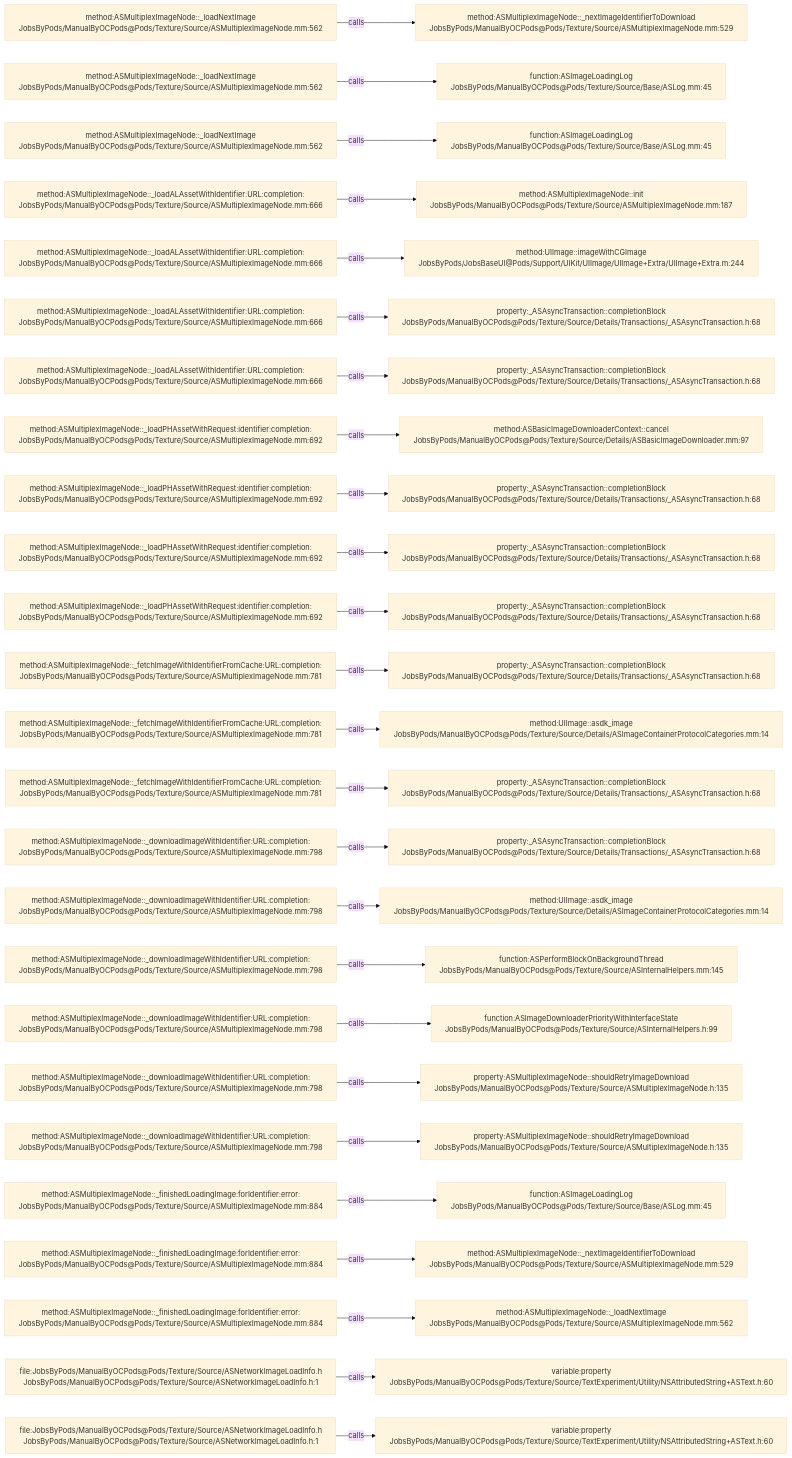
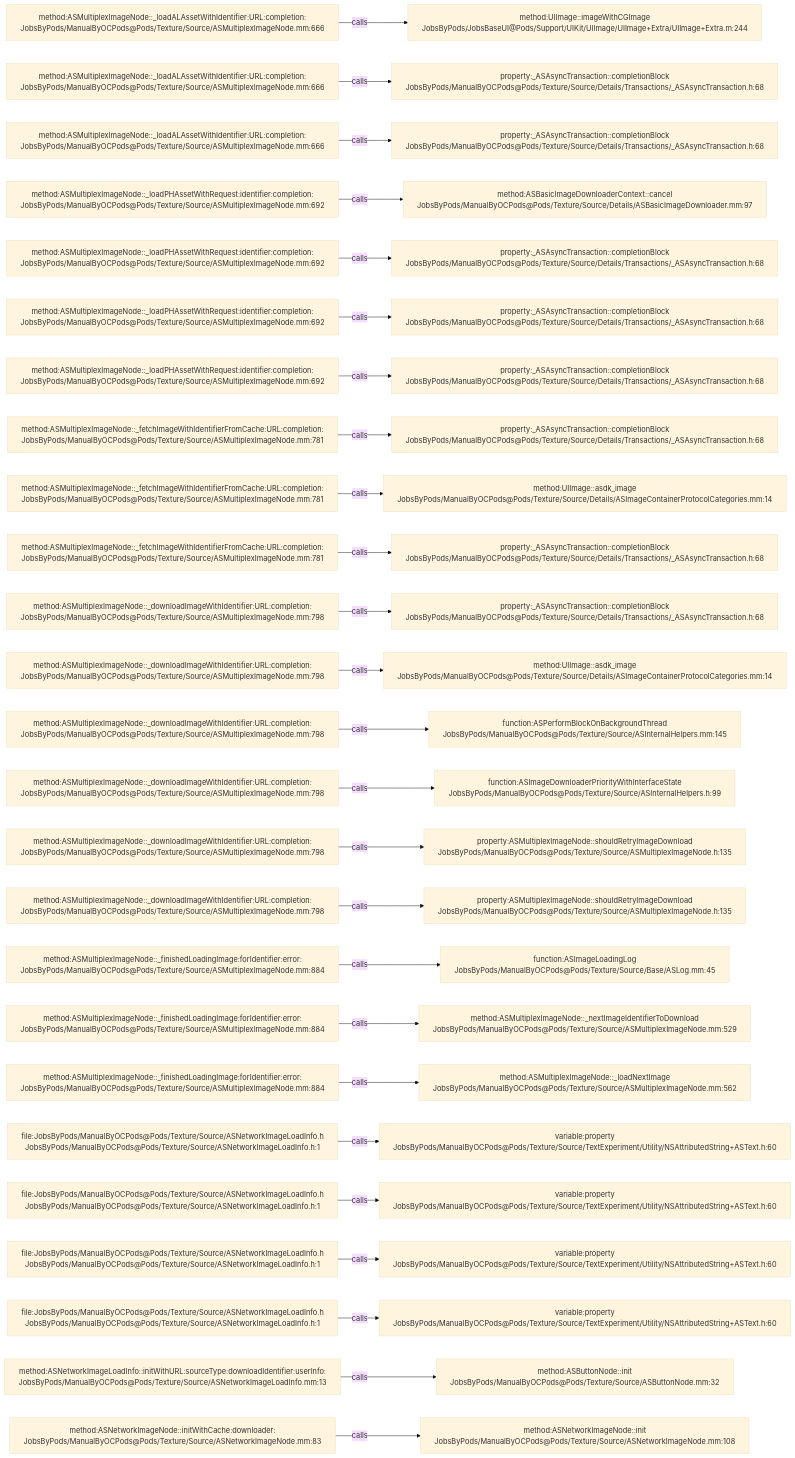
One commit to JobsKits/JobsOCBaseConfigDemo changed the diagram in .codegraph/codegraph.md/graphs/calls-114.md. Above: the diagram before and after it, drawn with Mermaid (base theme). The commit also changed 727 other files, not shown here.

````diff
--- a/.codegraph/codegraph.md/graphs/calls-114.md
+++ b/.codegraph/codegraph.md/graphs/calls-114.md
@@ -13,78 +13,78 @@
 ```mermaid
 flowchart LR
-  S1["method:ASMultiplexImageNode::_loadNextImage<br/>JobsByPods/ManualByOCPods@Pods/Texture/Source/ASMultiplexImageNode.mm:562"]
-  T1["method:ASMultiplexImageNode::_nextImageIdentifierToDownload<br/>JobsByPods/ManualByOCPods@Pods/Texture/Source/ASMultiplexImageNode.mm:529"]
+  S1["method:ASMultiplexImageNode::_loadALAssetWithIdentifier:URL:completion:<br/>JobsByPods/ManualByOCPods@Pods/Texture/Source/ASMultiplexImageNode.mm:666"]
+  T1["method:UIImage::imageWithCGImage<br/>JobsByPods/JobsBaseUI@Pods/Support/UIKit/UIImage/UIImage+Extra/UIImage+Extra.m:244"]
   S1 -->|calls| T1
-  S2["method:ASMultiplexImageNode::_loadNextImage<br/>JobsByPods/ManualByOCPods@Pods/Texture/Source/ASMultiplexImageNode.mm:562"]
-  T2["function:ASImageLoadingLog<br/>JobsByPods/ManualByOCPods@Pods/Texture/Source/Base/ASLog.mm:45"]
+  S2["method:ASMultiplexImageNode::_loadALAssetWithIdentifier:URL:completion:<br/>JobsByPods/ManualByOCPods@Pods/Texture/Source/ASMultiplexImageNode.mm:666"]
+  T2["property:_ASAsyncTransaction::completionBlock<br/>JobsByPods/ManualByOCPods@Pods/Texture/Source/Details/Transactions/_ASAsyncTransaction.h:68"]
   S2 -->|calls| T2
-  S3["method:ASMultiplexImageNode::_loadNextImage<br/>JobsByPods/ManualByOCPods@Pods/Texture/Source/ASMultiplexImageNode.mm:562"]
-  T3["function:ASImageLoadingLog<br/>JobsByPods/ManualByOCPods@Pods/Texture/Source/Base/ASLog.mm:45"]
+  S3["method:ASMultiplexImageNode::_loadALAssetWithIdentifier:URL:completion:<br/>JobsByPods/ManualByOCPods@Pods/Texture/Source/ASMultiplexImageNode.mm:666"]
+  T3["property:_ASAsyncTransaction::completionBlock<br/>JobsByPods/ManualByOCPods@Pods/Texture/Source/Details/Transactions/_ASAsyncTransaction.h:68"]
   S3 -->|calls| T3
-  S4["method:ASMultiplexImageNode::_loadALAssetWithIdentifier:URL:completion:<br/>JobsByPods/ManualByOCPods@Pods/Texture/Source/ASMultiplexImageNode.mm:666"]
-  T4["method:ASMultiplexImageNode::init<br/>JobsByPods/ManualByOCPods@Pods/Texture/Source/ASMultiplexImageNode.mm:187"]
+  S4["method:ASMultiplexImageNode::_loadPHAssetWithRequest:identifier:completion:<br/>JobsByPods/ManualByOCPods@Pods/Texture/Source/ASMultiplexImageNode.mm:692"]
+  T4["method:ASBasicImageDownloaderContext::cancel<br/>JobsByPods/ManualByOCPods@Pods/Texture/Source/Details/ASBasicImageDownloader.mm:97"]
   S4 -->|calls| T4
-  S5["method:ASMultiplexImageNode::_loadALAssetWithIdentifier:URL:completion:<br/>JobsByPods/ManualByOCPods@Pods/Texture/Source/ASMultiplexImageNode.mm:666"]
-  T5["method:UIImage::imageWithCGImage<br/>JobsByPods/JobsBaseUI@Pods/Support/UIKit/UIImage/UIImage+Extra/UIImage+Extra.m:244"]
+  S5["method:ASMultiplexImageNode::_loadPHAssetWithRequest:identifier:completion:<br/>JobsByPods/ManualByOCPods@Pods/Texture/Source/ASMultiplexImageNode.mm:692"]
+  T5["property:_ASAsyncTransaction::completionBlock<br/>JobsByPods/ManualByOCPods@Pods/Texture/Source/Details/Transactions/_ASAsyncTransaction.h:68"]
   S5 -->|calls| T5
-  S6["method:ASMultiplexImageNode::_loadALAssetWithIdentifier:URL:completion:<br/>JobsByPods/ManualByOCPods@Pods/Texture/Source/ASMultiplexImageNode.mm:666"]
+  S6["method:ASMultiplexImageNode::_loadPHAssetWithRequest:identifier:completion:<br/>JobsByPods/ManualByOCPods@Pods/Texture/Source/ASMultiplexImageNode.mm:692"]
   T6["property:_ASAsyncTransaction::completionBlock<br/>JobsByPods/ManualByOCPods@Pods/Texture/Source/Details/Transactions/_ASAsyncTransaction.h:68"]
   S6 -->|calls| T6
-  S7["method:ASMultiplexImageNode::_loadALAssetWithIdentifier:URL:completion:<br/>JobsByPods/ManualByOCPods@Pods/Texture/Source/ASMultiplexImageNode.mm:666"]
+  S7["method:ASMultiplexImageNode::_loadPHAssetWithRequest:identifier:completion:<br/>JobsByPods/ManualByOCPods@Pods/Texture/Source/ASMultiplexImageNode.mm:692"]
   T7["property:_ASAsyncTransaction::completionBlock<br/>JobsByPods/ManualByOCPods@Pods/Texture/Source/Details/Transactions/_ASAsyncTransaction.h:68"]
   S7 -->|calls| T7
-  S8["method:ASMultiplexImageNode::_loadPHAssetWithRequest:identifier:completion:<br/>JobsByPods/ManualByOCPods@Pods/Texture/Source/ASMultiplexImageNode.mm:692"]
-  T8["method:ASBasicImageDownloaderContext::cancel<br/>JobsByPods/ManualByOCPods@Pods/Texture/Source/Details/ASBasicImageDownloader.mm:97"]
+  S8["method:ASMultiplexImageNode::_fetchImageWithIdentifierFromCache:URL:completion:<br/>JobsByPods/ManualByOCPods@Pods/Texture/Source/ASMultiplexImageNode.mm:781"]
+  T8["property:_ASAsyncTransaction::completionBlock<br/>JobsByPods/ManualByOCPods@Pods/Texture/Source/Details/Transactions/_ASAsyncTransaction.h:68"]
   S8 -->|calls| T8
-  S9["method:ASMultiplexImageNode::_loadPHAssetWithRequest:identifier:completion:<br/>JobsByPods/ManualByOCPods@Pods/Texture/Source/ASMultiplexImageNode.mm:692"]
-  T9["property:_ASAsyncTransaction::completionBlock<br/>JobsByPods/ManualByOCPods@Pods/Texture/Source/Details/Transactions/_ASAsyncTransaction.h:68"]
+  S9["method:ASMultiplexImageNode::_fetchImageWithIdentifierFromCache:URL:completion:<br/>JobsByPods/ManualByOCPods@Pods/Texture/Source/ASMultiplexImageNode.mm:781"]
+  T9["method:UIImage::asdk_image<br/>JobsByPods/ManualByOCPods@Pods/Texture/Source/Details/ASImageContainerProtocolCategories.mm:14"]
   S9 -->|calls| T9
-  S10["method:ASMultiplexImageNode::_loadPHAssetWithRequest:identifier:completion:<br/>JobsByPods/ManualByOCPods@Pods/Texture/Source/ASMultiplexImageNode.mm:692"]
+  S10["method:ASMultiplexImageNode::_fetchImageWithIdentifierFromCache:URL:completion:<br/>JobsByPods/ManualByOCPods@Pods/Texture/Source/ASMultiplexImageNode.mm:781"]
   T10["property:_ASAsyncTransaction::completionBlock<br/>JobsByPods/ManualByOCPods@Pods/Texture/Source/Details/Transactions/_ASAsyncTransaction.h:68"]
   S10 -->|calls| T10
-  S11["method:ASMultiplexImageNode::_loadPHAssetWithRequest:identifier:completion:<br/>JobsByPods/ManualByOCPods@Pods/Texture/Source/ASMultiplexImageNode.mm:692"]
+  S11["method:ASMultiplexImageNode::_downloadImageWithIdentifier:URL:completion:<br/>JobsByPods/ManualByOCPods@Pods/Texture/Source/ASMultiplexImageNode.mm:798"]
   T11["property:_ASAsyncTransaction::completionBlock<br/>JobsByPods/ManualByOCPods@Pods/Texture/Source/Details/Transactions/_ASAsyncTransaction.h:68"]
   S11 -->|calls| T11
-  S12["method:ASMultiplexImageNode::_fetchImageWithIdentifierFromCache:URL:completion:<br/>JobsByPods/ManualByOCPods@Pods/Texture/Source/ASMultiplexImageNode.mm:781"]
-  T12["property:_ASAsyncTransaction::completionBlock<br/>JobsByPods/ManualByOCPods@Pods/Texture/Source/Details/Transactions/_ASAsyncTransaction.h:68"]
+  S12["method:ASMultiplexImageNode::_downloadImageWithIdentifier:URL:completion:<br/>JobsByPods/ManualByOCPods@Pods/Texture/Source/ASMultiplexImageNode.mm:798"]
+  T12["method:UIImage::asdk_image<br/>JobsByPods/ManualByOCPods@Pods/Texture/Source/Details/ASImageContainerProtocolCategories.mm:14"]
   S12 -->|calls| T12
-  S13["method:ASMultiplexImageNode::_fetchImageWithIdentifierFromCache:URL:completion:<br/>JobsByPods/ManualByOCPods@Pods/Texture/Source/ASMultiplexImageNode.mm:781"]
-  T13["method:UIImage::asdk_image<br/>JobsByPods/ManualByOCPods@Pods/Texture/Source/Details/ASImageContainerProtocolCategories.mm:14"]
+  S13["method:ASMultiplexImageNode::_downloadImageWithIdentifier:URL:completion:<br/>JobsByPods/ManualByOCPods@Pods/Texture/Source/ASMultiplexImageNode.mm:798"]
+  T13["function:ASPerformBlockOnBackgroundThread<br/>JobsByPods/ManualByOCPods@Pods/Texture/Source/ASInternalHelpers.mm:145"]
   S13 -->|calls| T13
-  S14["method:ASMultiplexImageNode::_fetchImageWithIdentifierFromCache:URL:completion:<br/>JobsByPods/ManualByOCPods@Pods/Texture/Source/ASMultiplexImageNode.mm:781"]
-  T14["property:_ASAsyncTransaction::completionBlock<br/>JobsByPods/ManualByOCPods@Pods/Texture/Source/Details/Transactions/_ASAsyncTransaction.h:68"]
+  S14["method:ASMultiplexImageNode::_downloadImageWithIdentifier:URL:completion:<br/>JobsByPods/ManualByOCPods@Pods/Texture/Source/ASMultiplexImageNode.mm:798"]
+  T14["function:ASImageDownloaderPriorityWithInterfaceState<br/>JobsByPods/ManualByOCPods@Pods/Texture/Source/ASInternalHelpers.h:99"]
   S14 -->|calls| T14
   S15["method:ASMultiplexImageNode::_downloadImageWithIdentifier:URL:completion:<br/>JobsByPods/ManualByOCPods@Pods/Texture/Source/ASMultiplexImageNode.mm:798"]
-  T15["property:_ASAsyncTransaction::completionBlock<br/>JobsByPods/ManualByOCPods@Pods/Texture/Source/Details/Transactions/_ASAsyncTransaction.h:68"]
+  T15["property:ASMultiplexImageNode::shouldRetryImageDownload<br/>JobsByPods/ManualByOCPods@Pods/Texture/Source/ASMultiplexImageNode.h:135"]
   S15 -->|calls| T15
   S16["method:ASMultiplexImageNode::_downloadImageWithIdentifier:URL:completion:<br/>JobsByPods/ManualByOCPods@Pods/Texture/Source/ASMultiplexImageNode.mm:798"]
-  T16["method:UIImage::asdk_image<br/>JobsByPods/ManualByOCPods@Pods/Texture/Source/Details/ASImageContainerProtocolCategories.mm:14"]
+  T16["property:ASMultiplexImageNode::shouldRetryImageDownload<br/>JobsByPods/ManualByOCPods@Pods/Texture/Source/ASMultiplexImageNode.h:135"]
   S16 -->|calls| T16
-  S17["method:ASMultiplexImageNode::_downloadImageWithIdentifier:URL:completion:<br/>JobsByPods/ManualByOCPods@Pods/Texture/Source/ASMultiplexImageNode.mm:798"]
-  T17["function:ASPerformBlockOnBackgroundThread<br/>JobsByPods/ManualByOCPods@Pods/Texture/Source/ASInternalHelpers.mm:145"]
+  S17["method:ASMultiplexImageNode::_finishedLoadingImage:forIdentifier:error:<br/>JobsByPods/ManualByOCPods@Pods/Texture/Source/ASMultiplexImageNode.mm:884"]
+  T17["function:ASImageLoadingLog<br/>JobsByPods/ManualByOCPods@Pods/Texture/Source/Base/ASLog.mm:45"]
   S17 -->|calls| T17
-  S18["method:ASMultiplexImageNode::_downloadImageWithIdentifier:URL:completion:<br/>JobsByPods/ManualByOCPods@Pods/Texture/Source/ASMultiplexImageNode.mm:798"]
-  T18["function:ASImageDownloaderPriorityWithInterfaceState<br/>JobsByPods/ManualByOCPods@Pods/Texture/Source/ASInternalHelpers.h:99"]
+  S18["method:ASMultiplexImageNode::_finishedLoadingImage:forIdentifier:error:<br/>JobsByPods/ManualByOCPods@Pods/Texture/Source/ASMultiplexImageNode.mm:884"]
+  T18["method:ASMultiplexImageNode::_nextImageIdentifierToDownload<br/>JobsByPods/ManualByOCPods@Pods/Texture/Source/ASMultiplexImageNode.mm:529"]
   S18 -->|calls| T18
-  S19["method:ASMultiplexImageNode::_downloadImageWithIdentifier:URL:completion:<br/>JobsByPods/ManualByOCPods@Pods/Texture/Source/ASMultiplexImageNode.mm:798"]
-  T19["property:ASMultiplexImageNode::shouldRetryImageDownload<br/>JobsByPods/ManualByOCPods@Pods/Texture/Source/ASMultiplexImageNode.h:135"]
+  S19["method:ASMultiplexImageNode::_finishedLoadingImage:forIdentifier:error:<br/>JobsByPods/ManualByOCPods@Pods/Texture/Source/ASMultiplexImageNode.mm:884"]
+  T19["method:ASMultiplexImageNode::_loadNextImage<br/>JobsByPods/ManualByOCPods@Pods/Texture/Source/ASMultiplexImageNode.mm:562"]
   S19 -->|calls| T19
-  S20["method:ASMultiplexImageNode::_downloadImageWithIdentifier:URL:completion:<br/>JobsByPods/ManualByOCPods@Pods/Texture/Source/ASMultiplexImageNode.mm:798"]
-  T20["property:ASMultiplexImageNode::shouldRetryImageDownload<br/>JobsByPods/ManualByOCPods@Pods/Texture/Source/ASMultiplexImageNode.h:135"]
+  S20["file:JobsByPods/ManualByOCPods@Pods/Texture/Source/ASNetworkImageLoadInfo.h<br/>JobsByPods/ManualByOCPods@Pods/Texture/Source/ASNetworkImageLoadInfo.h:1"]
+  T20["variable:property<br/>JobsByPods/ManualByOCPods@Pods/Texture/Source/TextExperiment/Utility/NSAttributedString+ASText.h:60"]
   S20 -->|calls| T20
-  S21["method:ASMultiplexImageNode::_finishedLoadingImage:forIdentifier:error:<br/>JobsByPods/ManualByOCPods@Pods/Texture/Source/ASMultiplexImageNode.mm:884"]
-  T21["function:ASImageLoadingLog<br/>JobsByPods/ManualByOCPods@Pods/Texture/Source/Base/ASLog.mm:45"]
+  S21["file:JobsByPods/ManualByOCPods@Pods/Texture/Source/ASNetworkImageLoadInfo.h<br/>JobsByPods/ManualByOCPods@Pods/Texture/Source/ASNetworkImageLoadInfo.h:1"]
+  T21["variable:property<br/>JobsByPods/ManualByOCPods@Pods/Texture/Source/TextExperiment/Utility/NSAttributedString+ASText.h:60"]
   S21 -->|calls| T21
-  S22["method:ASMultiplexImageNode::_finishedLoadingImage:forIdentifier:error:<br/>JobsByPods/ManualByOCPods@Pods/Texture/Source/ASMultiplexImageNode.mm:884"]
-  T22["method:ASMultiplexImageNode::_nextImageIdentifierToDownload<br/>JobsByPods/ManualByOCPods@Pods/Texture/Source/ASMultiplexImageNode.mm:529"]
+  S22["file:JobsByPods/ManualByOCPods@Pods/Texture/Source/ASNetworkImageLoadInfo.h<br/>JobsByPods/ManualByOCPods@Pods/Texture/Source/ASNetworkImageLoadInfo.h:1"]
+  T22["variable:property<br/>JobsByPods/ManualByOCPods@Pods/Texture/Source/TextExperiment/Utility/NSAttributedString+ASText.h:60"]
   S22 -->|calls| T22
-  S23["method:ASMultiplexImageNode::_finishedLoadingImage:forIdentifier:error:<br/>JobsByPods/ManualByOCPods@Pods/Texture/Source/ASMultiplexImageNode.mm:884"]
-  T23["method:ASMultiplexImageNode::_loadNextImage<br/>JobsByPods/ManualByOCPods@Pods/Texture/Source/ASMultiplexImageNode.mm:562"]
+  S23["file:JobsByPods/ManualByOCPods@Pods/Texture/Source/ASNetworkImageLoadInfo.h<br/>JobsByPods/ManualByOCPods@Pods/Texture/Source/ASNetworkImageLoadInfo.h:1"]
+  T23["variable:property<br/>JobsByPods/ManualByOCPods@Pods/Texture/Source/TextExperiment/Utility/NSAttributedString+ASText.h:60"]
   S23 -->|calls| T23
-  S24["file:JobsByPods/ManualByOCPods@Pods/Texture/Source/ASNetworkImageLoadInfo.h<br/>JobsByPods/ManualByOCPods@Pods/Texture/Source/ASNetworkImageLoadInfo.h:1"]
-  T24["variable:property<br/>JobsByPods/ManualByOCPods@Pods/Texture/Source/TextExperiment/Utility/NSAttributedString+ASText.h:60"]
+  S24["method:ASNetworkImageLoadInfo::initWithURL:sourceType:downloadIdentifier:userInfo:<br/>JobsByPods/ManualByOCPods@Pods/Texture/Source/ASNetworkImageLoadInfo.mm:13"]
+  T24["method:ASButtonNode::init<br/>JobsByPods/ManualByOCPods@Pods/Texture/Source/ASButtonNode.mm:32"]
   S24 -->|calls| T24
-  S25["file:JobsByPods/ManualByOCPods@Pods/Texture/Source/ASNetworkImageLoadInfo.h<br/>JobsByPods/ManualByOCPods@Pods/Texture/Source/ASNetworkImageLoadInfo.h:1"]
-  T25["variable:property<br/>JobsByPods/ManualByOCPods@Pods/Texture/Source/TextExperiment/Utility/NSAttributedString+ASText.h:60"]
+  S25["method:ASNetworkImageNode::initWithCache:downloader:<br/>JobsByPods/ManualByOCPods@Pods/Texture/Source/ASNetworkImageNode.mm:83"]
+  T25["method:ASNetworkImageNode::init<br/>JobsByPods/ManualByOCPods@Pods/Texture/Source/ASNetworkImageNode.mm:108"]
   S25 -->|calls| T25
 ```
````
